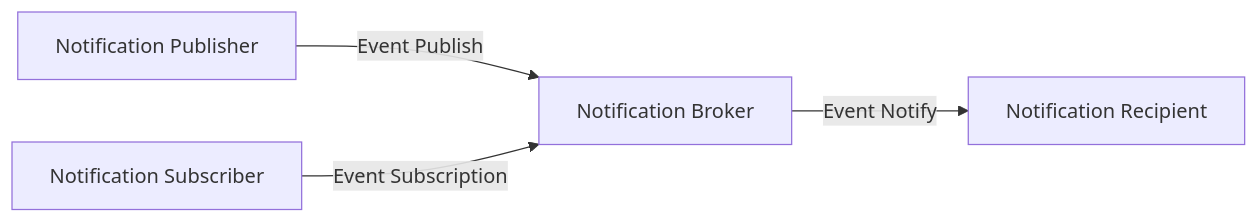
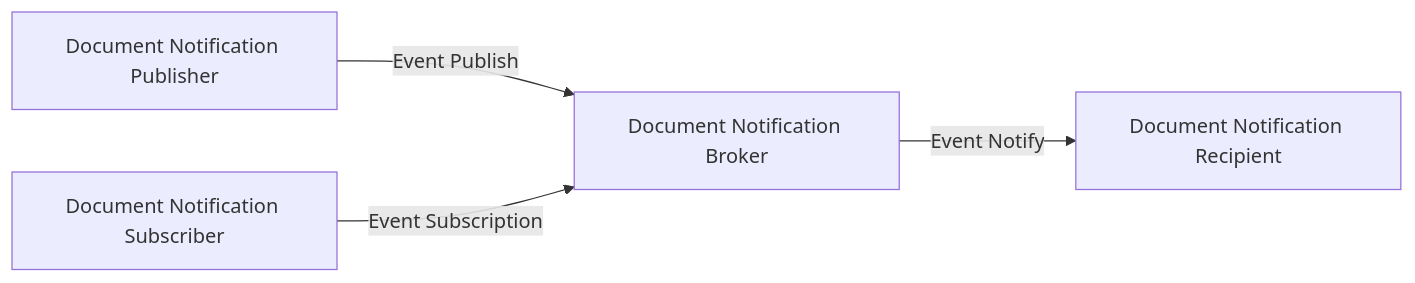
One commit to nw-gmsa/nw-gmsa.github.com changed the fifth of 7 diagrams in input/pagecontent/exchange.md. Above: the diagram before and after it, drawn with Mermaid. The commit also changed other lines of this file, not shown here.

````diff
--- a/input/pagecontent/exchange.md
+++ b/input/pagecontent/exchange.md
@@ -98,17 +98,17 @@
 ```mermaid
 graph LR;
 
 
-Publisher[Notification Publisher]
-Broker[Notification Broker]
-Subscriber[Notification Subscriber]
-Recipient[Notification Recipient]
+Publisher[Document Notification Publisher]
+Broker[Document Notification Broker]
+Subscriber[Document Notification Subscriber]
+Recipient[Document Notification Recipient]
 
 Publisher --> |Event Publish| Broker
 Subscriber --> |Event Subscription| Broker
 Broker --> |Event Notify| Recipient
 
 classDef yellow fill:#FFF2CC;
 
 class v2D,fMessage yellow
 ```
````
